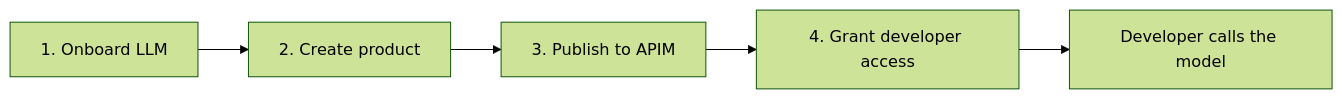
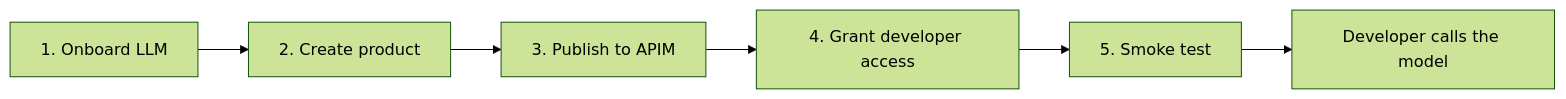
Before and after one commit to naveenragit/apim-llm-onboarding: the diagram in README.md, drawn with Mermaid (forest theme). The commit also changed other lines of this file and 4 other files, not shown here.

Commit message:
Fix grant identity matching, validate config up front, add smoke test and serialized dev->prod deploys

````diff
--- a/README.md
+++ b/README.md
@@ -31,7 +32,8 @@
 ```mermaid
 flowchart LR
     A["1. Onboard LLM"] --> B["2. Create product"]
     B --> C["3. Publish to APIM"]
     C --> D["4. Grant developer access"]
-    D --> E["Developer calls the model"]
+    D --> E["5. Smoke test"]
+    E --> F["Developer calls the model"]
 ```
````
